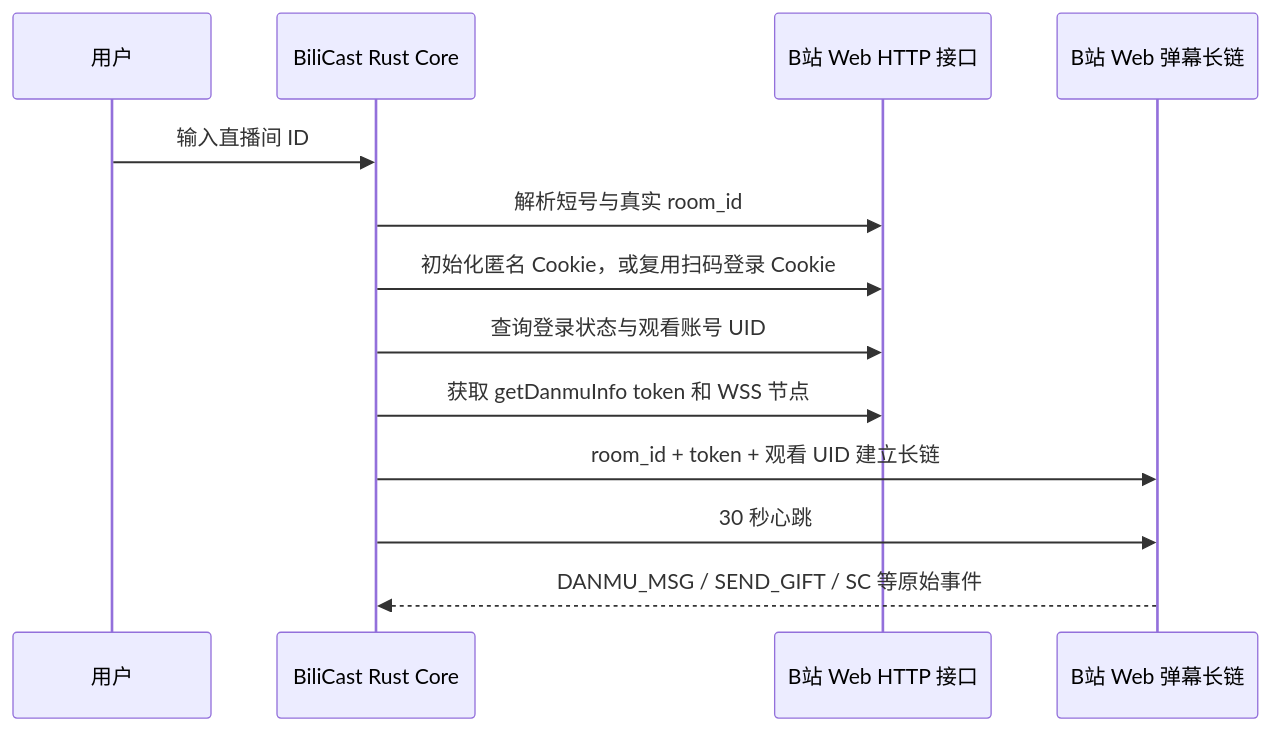
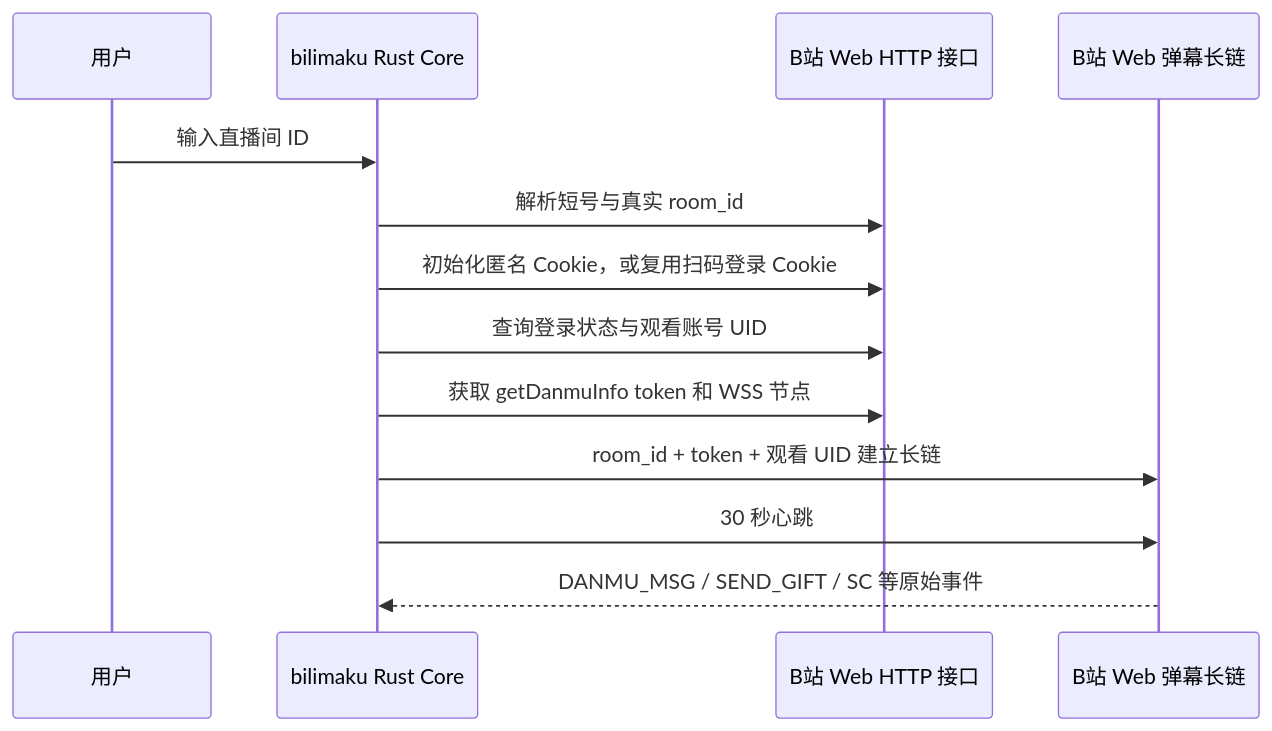
The second of 2 diagrams in docs/live-connection-technical-report.md (WJZ-P/BiliMaku), drawn with Mermaid before and after one commit. The commit also changed other lines of this file and 17 other files, not shown here.

````diff
--- a/docs/live-connection-technical-report.md
+++ b/docs/live-connection-technical-report.md
@@ -60,16 +60,16 @@
 ```mermaid
 sequenceDiagram
     participant U as 用户
-    participant B as BiliCast Rust Core
+    participant B as bilimaku Rust Core
     participant H as B站 Web HTTP 接口
     participant W as B站 Web 弹幕长链
 
     U->>B: 输入直播间 ID
     B->>H: 解析短号与真实 room_id
     B->>H: 初始化匿名 Cookie，或复用扫码登录 Cookie
     B->>H: 查询登录状态与观看账号 UID
     B->>H: 获取 getDanmuInfo token 和 WSS 节点
     B->>W: room_id + token + 观看 UID 建立长链
     B->>W: 30 秒心跳
     W-->>B: DANMU_MSG / SEND_GIFT / SC 等原始事件
 ```
````
